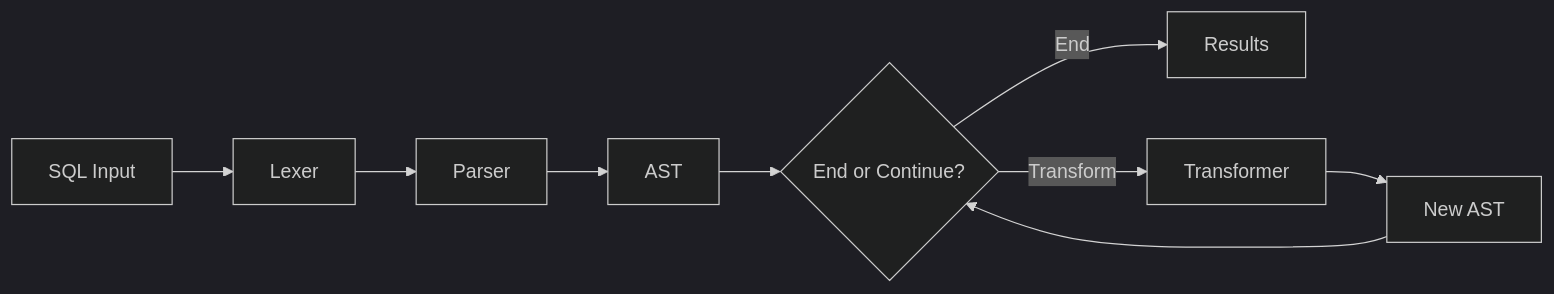
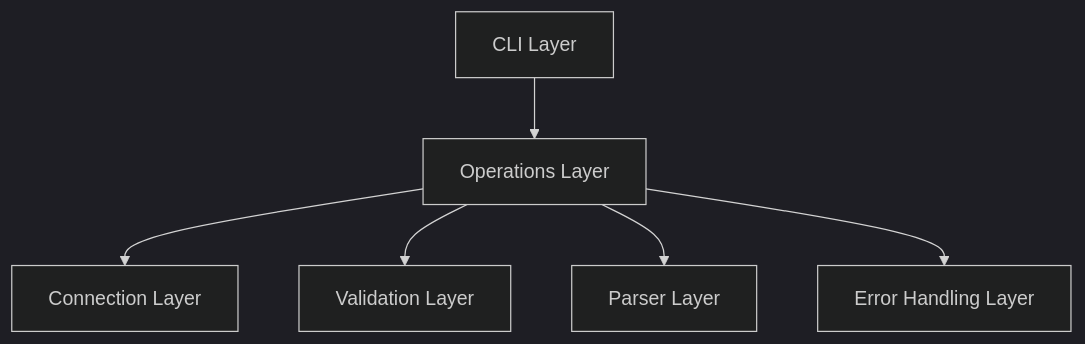
The first of 2 diagrams in memory-bank/systemPatterns.md (swapan-datahawklab/shdemmo), drawn with Mermaid (dark theme) before and after one commit. The commit also changed other lines of this file and 97 other files, not shown here.

First line of the commit message:
Enhance project configuration and SQL handling

````diff
--- a/memory-bank/systemPatterns.md
+++ b/memory-bank/systemPatterns.md
@@ -314,11 +7,8 @@
 ```mermaid
-flowchart LR
-    Input[SQL Input] --> Lexer
-    Lexer --> Parser
-    Parser --> AST[AST]
-    AST --> PipelineEnd{End or Continue?}
-    PipelineEnd -->|End| Results[Results]
-    PipelineEnd -->|Transform| Transformer
-    Transformer --> NewAST[New AST]
-    NewAST --> PipelineEnd
+graph TD
+    CLI[CLI Layer] --> Operations[Operations Layer]
+    Operations --> Connection[Connection Layer]
+    Operations --> Validation[Validation Layer]
+    Operations --> Parser[Parser Layer]
+    Operations --> Error[Error Handling Layer]
 ```
````
